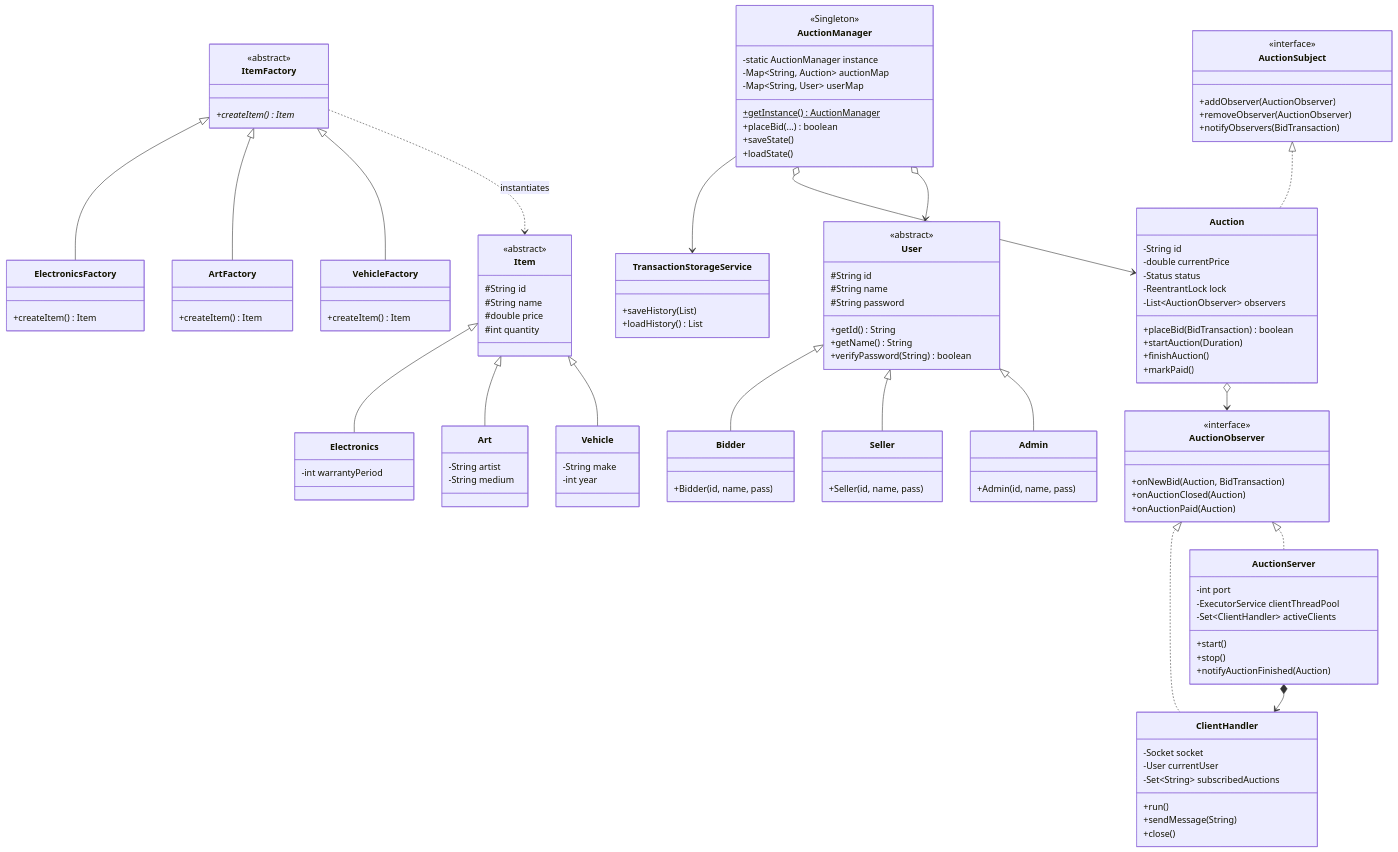
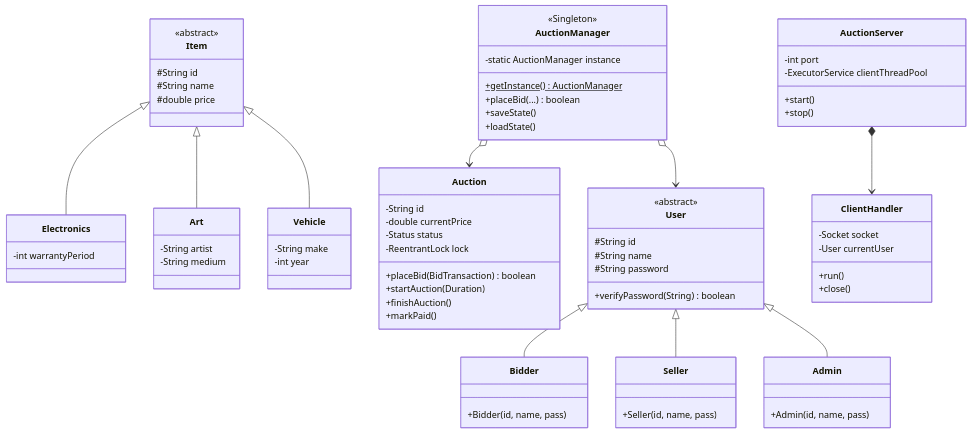
Before and after one commit to miraidaihirai/advanced-auction-system: the diagram in README.md, drawn with Mermaid. The commit also changed other lines of this file, not shown here.

````diff
--- a/README.md
+++ b/README.md
@@ -48,13 +174,10 @@
 ```mermaid
 classDiagram
-    %% Inheritance: Users
     class User {
         <<abstract>>
         #String id
         #String name
         #String password
-        +getId() String
-        +getName() String
         +verifyPassword(String) boolean
     }
     class Bidder {
@@ -70,13 +193,11 @@
     User <|-- Seller
     User <|-- Admin
 
-    %% Inheritance: Items
     class Item {
         <<abstract>>
         #String id
         #String name
         #double price
-        #int quantity
     }
     class Electronics {
         -int warrantyPeriod
@@ -93,89 +214,39 @@
     Item <|-- Art
     Item <|-- Vehicle
 
-    %% Factory Method
-    class ItemFactory {
-        <<abstract>>
-        +createItem()* Item
-    }
-    class ElectronicsFactory {
-        +createItem() Item
-    }
-    class ArtFactory {
-        +createItem() Item
-    }
-    class VehicleFactory {
-        +createItem() Item
-    }
-    ItemFactory <|-- ElectronicsFactory
-    ItemFactory <|-- ArtFactory
-    ItemFactory <|-- VehicleFactory
-    ItemFactory ..> Item : instantiates
-
-    %% Observer Pattern
-    class AuctionSubject {
-        <<interface>>
-        +addObserver(AuctionObserver)
-        +removeObserver(AuctionObserver)
-        +notifyObservers(BidTransaction)
-    }
-    class AuctionObserver {
-        <<interface>>
-        +onNewBid(Auction, BidTransaction)
-        +onAuctionClosed(Auction)
-        +onAuctionPaid(Auction)
-    }
     class Auction {
         -String id
         -double currentPrice
         -Status status
         -ReentrantLock lock
-        -List~AuctionObserver~ observers
         +placeBid(BidTransaction) boolean
         +startAuction(Duration)
         +finishAuction()
         +markPaid()
     }
-    AuctionSubject <|.. Auction
-    Auction o--> AuctionObserver
 
-    %% Server & Client Handlers
     class AuctionServer {
         -int port
         -ExecutorService clientThreadPool
-        -Set~ClientHandler~ activeClients
         +start()
         +stop()
-        +notifyAuctionFinished(Auction)
     }
     class ClientHandler {
         -Socket socket
         -User currentUser
-        -Set~String~ subscribedAuctions
         +run()
-        +sendMessage(String)
         +close()
     }
-    AuctionObserver <|.. ClientHandler
-    AuctionObserver <|.. AuctionServer
     AuctionServer *--> ClientHandler
 
-    %% Singleton Manager & Storage
     class AuctionManager {
         <<Singleton>>
         -static AuctionManager instance
-        -Map~String, Auction~ auctionMap
-        -Map~String, User~ userMap
         +getInstance()$ AuctionManager
         +placeBid(...) boolean
         +saveState()
         +loadState()
     }
-    class TransactionStorageService {
-        +saveHistory(List)
-        +loadHistory() List
-    }
-    AuctionManager --> TransactionStorageService
     AuctionManager o--> Auction
     AuctionManager o--> User
 ```
````
